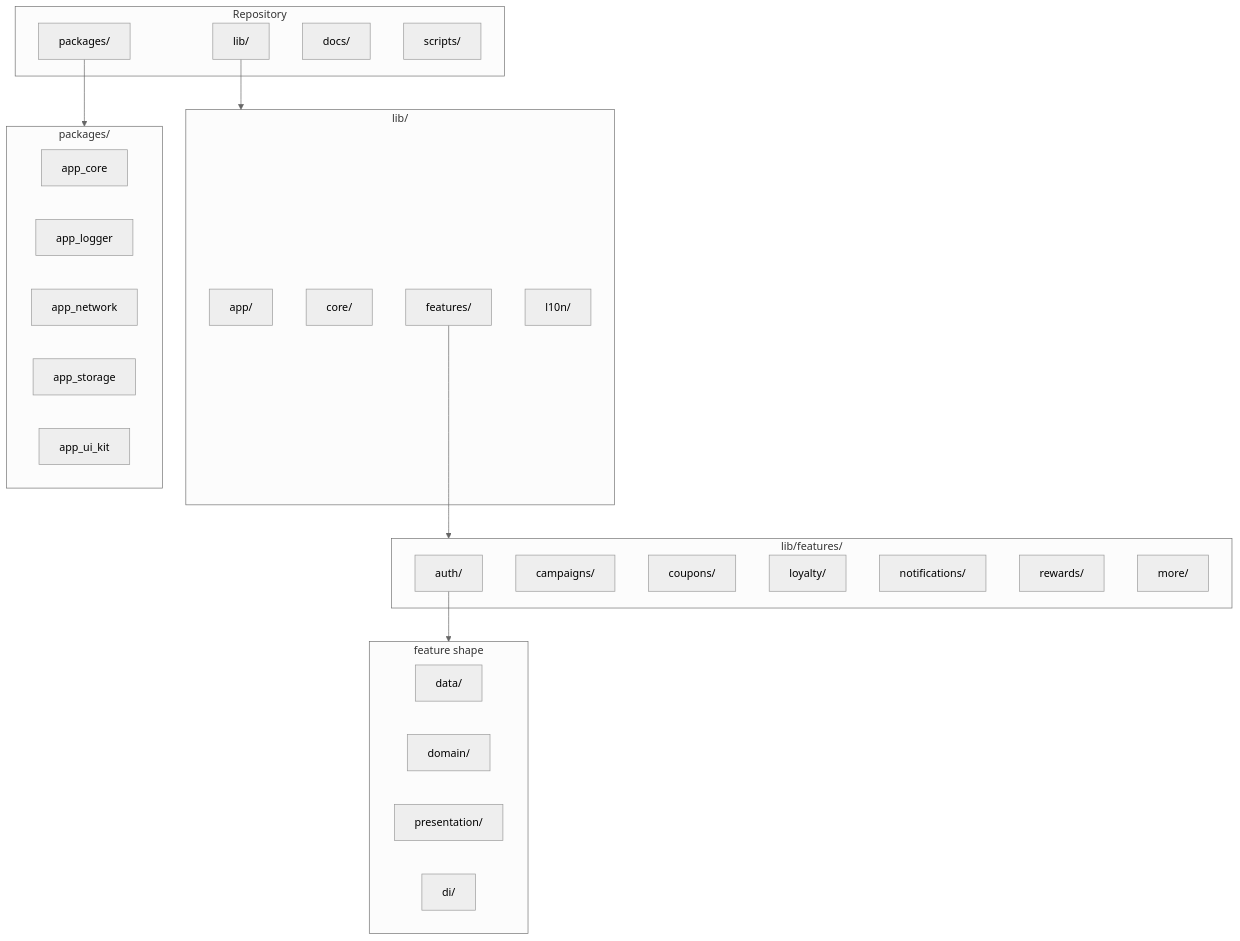
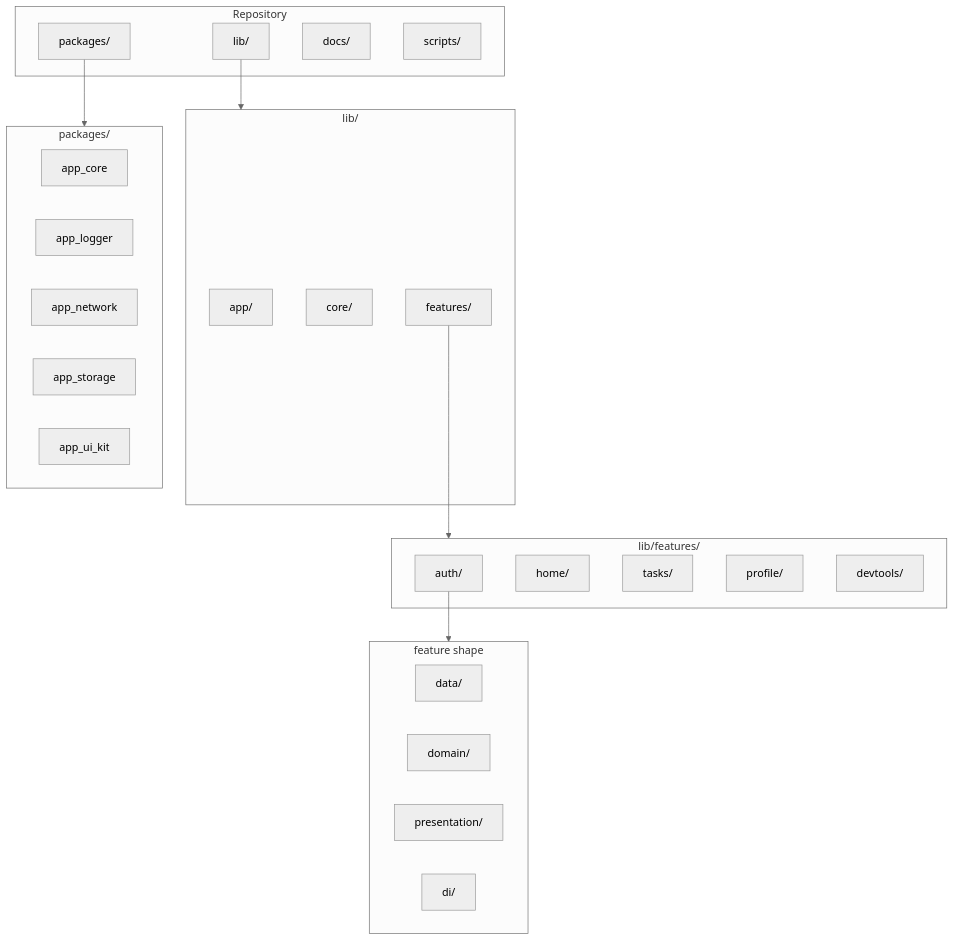
The diagram in template/monorepo/docs/diagrams/structure.mmd (mixin27/flutter_app_template_cli), drawn with Mermaid (neutral theme) before and after one commit. The commit also changed 32 other files, not shown here.

```diff
--- a/template/monorepo/docs/diagrams/structure.mmd
+++ b/template/monorepo/docs/diagrams/structure.mmd
@@ -1,44 +1,41 @@
 flowchart TB
   subgraph Repo["Repository"]
     R1["lib/"]
     R2["packages/"]
     R3["docs/"]
     R4["scripts/"]
   end
 
   subgraph Lib["lib/"]
     L1["app/"]
     L2["core/"]
     L3["features/"]
-    L4["l10n/"]
   end
 
   subgraph Features["lib/features/"]
     F1["auth/"]
-    F2["campaigns/"]
-    F3["coupons/"]
-    F4["loyalty/"]
-    F5["notifications/"]
-    F6["rewards/"]
-    F7["more/"]
+    F2["home/"]
+    F3["tasks/"]
+    F4["profile/"]
+    F5["devtools/"]
   end
 
   subgraph FeatureShape["feature shape"]
     S1["data/"]
     S2["domain/"]
     S3["presentation/"]
     S4["di/"]
   end
 
   subgraph Packages["packages/"]
     P1["app_core"]
     P2["app_logger"]
     P3["app_network"]
     P4["app_storage"]
     P5["app_ui_kit"]
   end
 
   R1 --> Lib
   R2 --> Packages
   L3 --> Features
   F1 --> FeatureShape
```
